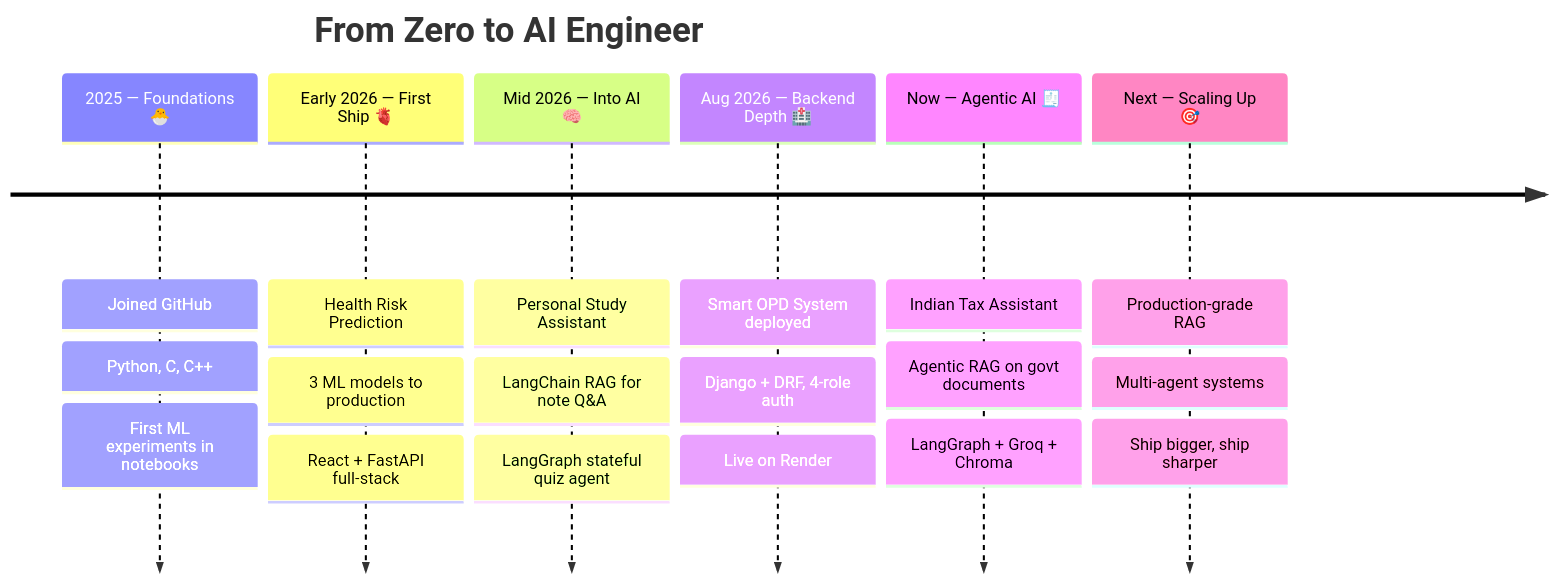
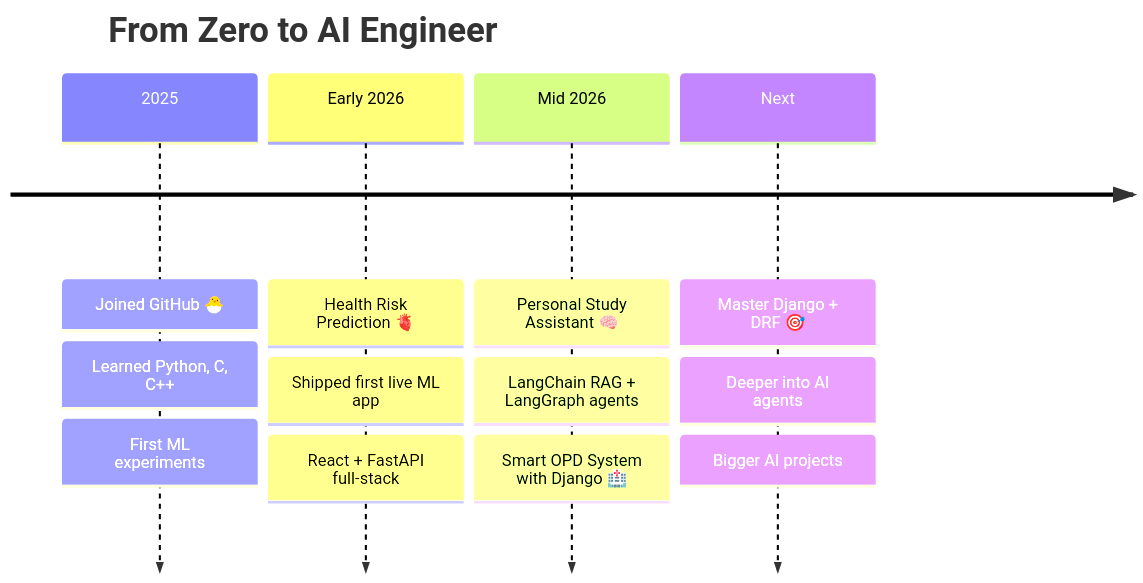
The second of 2 diagrams in README.md (prince220504/prince220504), drawn with Mermaid before and after one commit. The commit also changed other lines of this file, not shown here.

````diff
--- a/README.md
+++ b/README.md
@@ -174,10 +158,8 @@
 ```mermaid
 timeline
     title From Zero to AI Engineer
-    2025 — Foundations 🐣 : Joined GitHub : Python, C, C++ : First ML experiments in notebooks
-    Early 2026 — First Ship 🫀 : Health Risk Prediction : 3 ML models to production : React + FastAPI full-stack
-    Mid 2026 — Into AI 🧠 : Personal Study Assistant : LangChain RAG for note Q&A : LangGraph stateful quiz agent
-    Aug 2026 — Backend Depth 🏥 : Smart OPD System deployed : Django + DRF, 4-role auth : Live on Render
-    Now — Agentic AI 🧾 : Indian Tax Assistant : Agentic RAG on govt documents : LangGraph + Groq + Chroma
-    Next — Scaling Up 🎯 : Production-grade RAG : Multi-agent systems : Ship bigger, ship sharper
+    2025 : Joined GitHub 🐣 : Learned Python, C, C++ : First ML experiments
+    Early 2026 : Health Risk Prediction 🫀 : Shipped first live ML app : React + FastAPI full-stack
+    Mid 2026 : Personal Study Assistant 🧠 : LangChain RAG + LangGraph agents : Smart OPD System with Django 🏥
+    Next : Master Django + DRF 🎯 : Deeper into AI agents : Bigger AI projects
 ```
````
